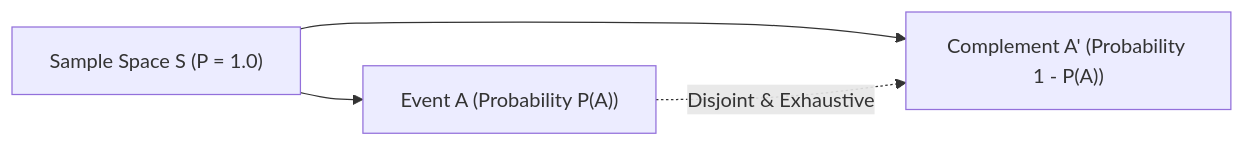
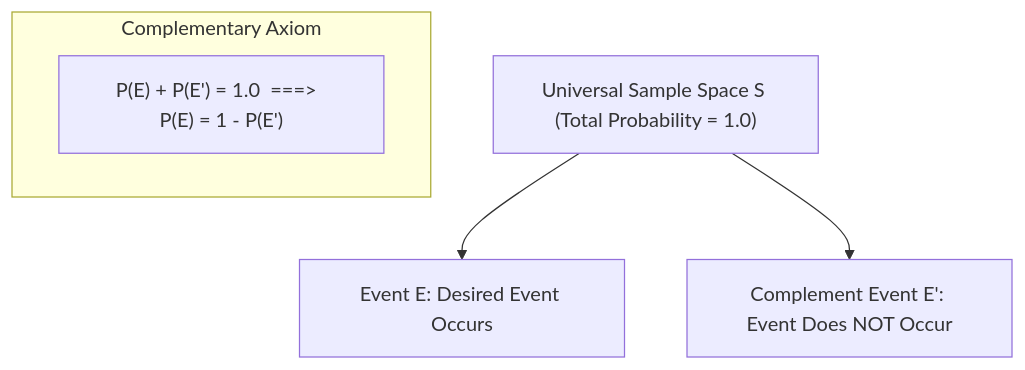
One commit to S1h2i3v4a/AI_ML changed the diagram in lecture_20/Notes_20.06/README.md. Above: the diagram before and after it, drawn with Mermaid. The commit also changed other lines of this file and 203 other files, not shown here.

Commit message:
docs(lectures 19-21): align notes with video lectures, add blackboard diagrams, clean structured functions, and compile vector PDFs

````diff
--- a/lecture_20/Notes_20.06/README.md
+++ b/lecture_20/Notes_20.06/README.md
@@ -15,6 +10,9 @@
 ```mermaid
-flowchart LR
-    S["Sample Space S (P = 1.0)"] --> A["Event A (Probability P(A))"]
-    S --> A_prime["Complement A' (Probability 1 - P(A))"]
-    A -.->|Disjoint & Exhaustive| A_prime
+flowchart TD
+    S["Universal Sample Space S (Total Probability = 1.0)"] --> Event["Event E: Desired Event Occurs"]
+    S --> Comp["Complement Event E': Event Does NOT Occur"]
+    
+    subgraph Rule["Complementary Axiom"]
+        Eq["P(E) + P(E') = 1.0  ===>  P(E) = 1 - P(E')"]
+    end
 ```
````
